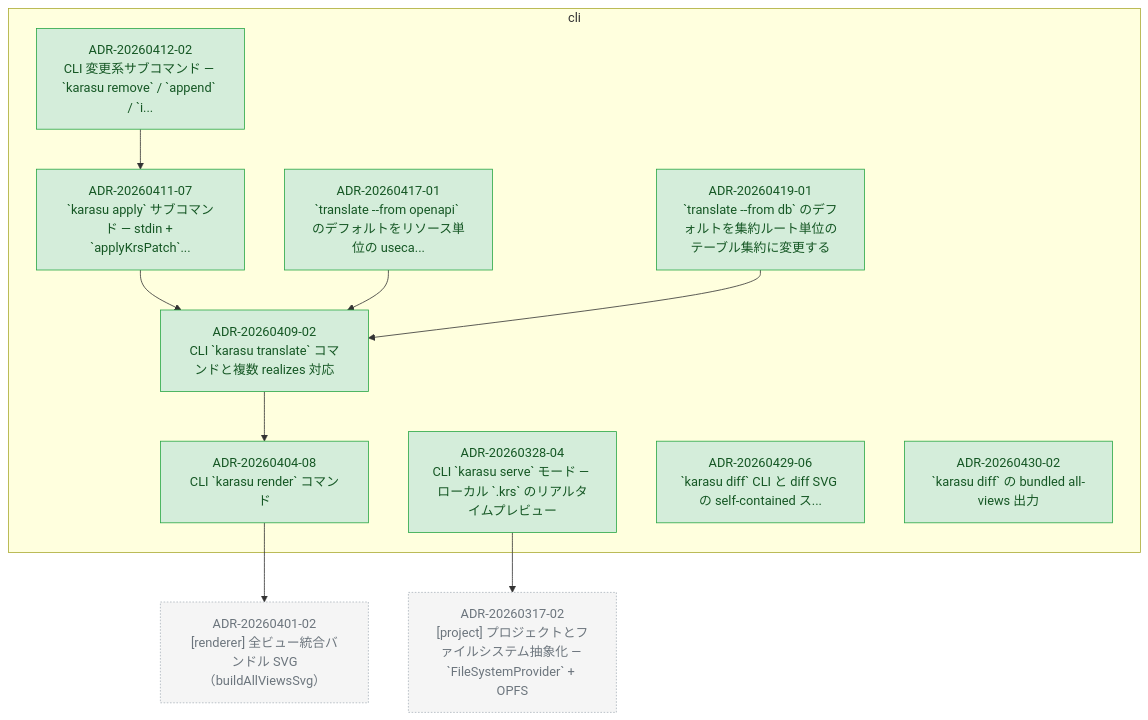
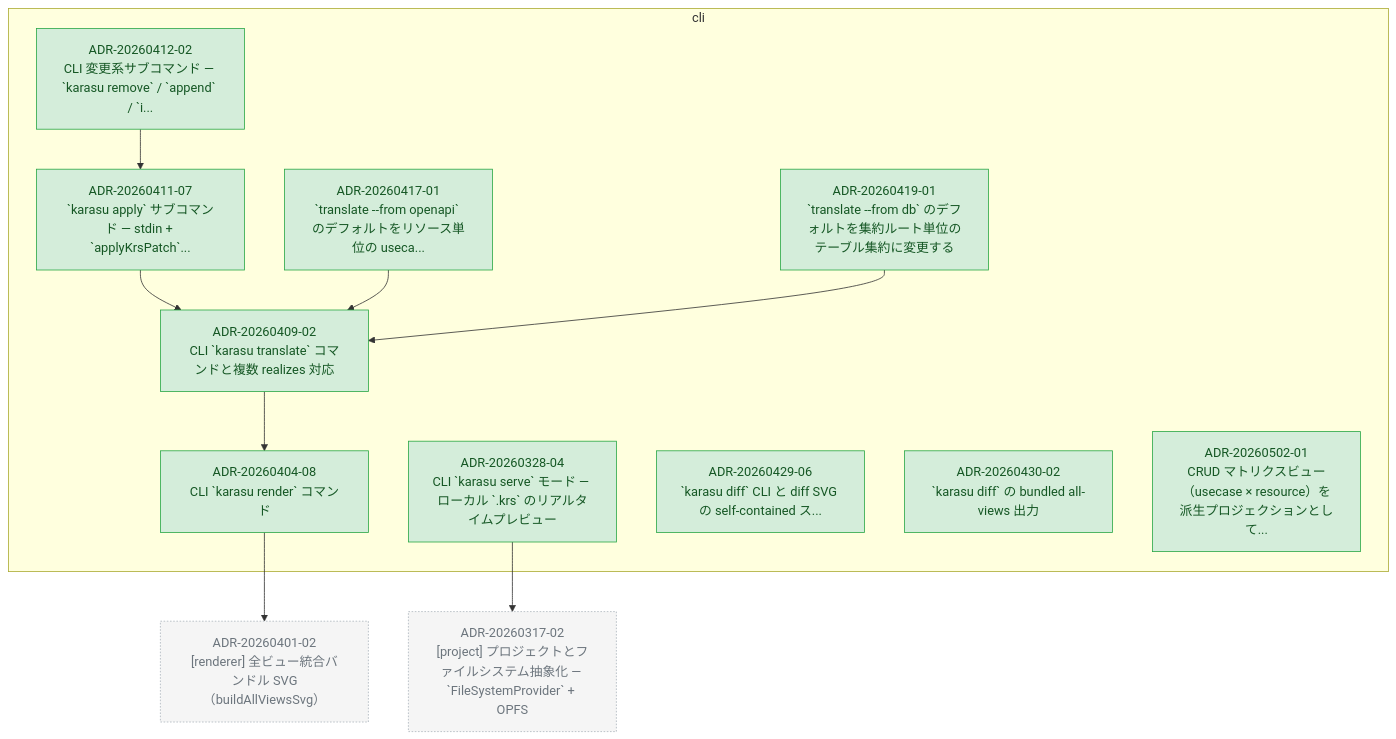
The diagram in docs/adr/graph/cli.md (kompiro/karasu), drawn with Mermaid before and after one commit. The commit also changed other lines of this file and 5 other files, not shown here.

First line of the commit message:
docs(adr): promote CRUD matrix view design to ADR-20260502-01

````diff
--- a/docs/adr/graph/cli.md
+++ b/docs/adr/graph/cli.md
@@ -6,41 +6,43 @@
 ```mermaid
 flowchart TD
   subgraph cli["cli"]
     ADR_20260328_04["ADR-20260328-04<br/>CLI `karasu serve` モード — ローカル `.krs` のリアルタイムプレビュー"]
     ADR_20260404_08["ADR-20260404-08<br/>CLI `karasu render` コマンド"]
     ADR_20260409_02["ADR-20260409-02<br/>CLI `karasu translate` コマンドと複数 realizes 対応"]
     ADR_20260411_07["ADR-20260411-07<br/>`karasu apply` サブコマンド — stdin + `applyKrsPatch`..."]
     ADR_20260412_02["ADR-20260412-02<br/>CLI 変更系サブコマンド — `karasu remove` / `append` / `i..."]
     ADR_20260417_01["ADR-20260417-01<br/>`translate --from openapi` のデフォルトをリソース単位の useca..."]
     ADR_20260419_01["ADR-20260419-01<br/>`translate --from db` のデフォルトを集約ルート単位のテーブル集約に変更する"]
     ADR_20260429_06["ADR-20260429-06<br/>`karasu diff` CLI と diff SVG の self-contained ス..."]
     ADR_20260430_02["ADR-20260430-02<br/>`karasu diff` の bundled all-views 出力"]
+    ADR_20260502_01["ADR-20260502-01<br/>CRUD マトリクスビュー（usecase × resource）を派生プロジェクションとして..."]
   end
   ADR_20260317_02["ADR-20260317-02<br/>[project] プロジェクトとファイルシステム抽象化 — `FileSystemProvider` + OPFS"]
   ADR_20260401_02["ADR-20260401-02<br/>[renderer] 全ビュー統合バンドル SVG（buildAllViewsSvg）"]
   ADR_20260328_04 --> ADR_20260317_02
   ADR_20260404_08 --> ADR_20260401_02
   ADR_20260409_02 --> ADR_20260404_08
   ADR_20260411_07 --> ADR_20260409_02
   ADR_20260412_02 --> ADR_20260411_07
   ADR_20260417_01 --> ADR_20260409_02
   ADR_20260419_01 --> ADR_20260409_02
 
   classDef accepted fill:#d4edda,stroke:#28a745,color:#155724
   classDef proposed fill:#fff3cd,stroke:#ffc107,color:#856404
   classDef deprecated fill:#f8d7da,stroke:#dc3545,color:#721c24
   classDef superseded fill:#e2e3e5,stroke:#6c757d,color:#383d41
   classDef not_adopted fill:#e2e3e5,stroke:#6c757d,color:#383d41,stroke-dasharray:3 3
   classDef ghost fill:#f5f5f5,stroke:#adb5bd,color:#6c757d,stroke-dasharray:2 2
   class ADR_20260328_04 accepted
   class ADR_20260404_08 accepted
   class ADR_20260409_02 accepted
   class ADR_20260411_07 accepted
   class ADR_20260412_02 accepted
   class ADR_20260417_01 accepted
   class ADR_20260419_01 accepted
   class ADR_20260429_06 accepted
   class ADR_20260430_02 accepted
+  class ADR_20260502_01 accepted
   class ADR_20260317_02 ghost
   class ADR_20260401_02 ghost
 ```
````
